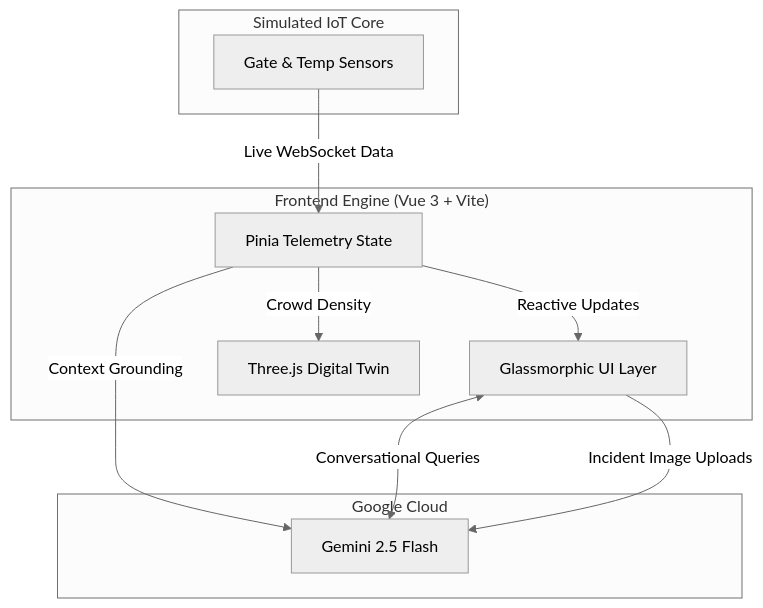
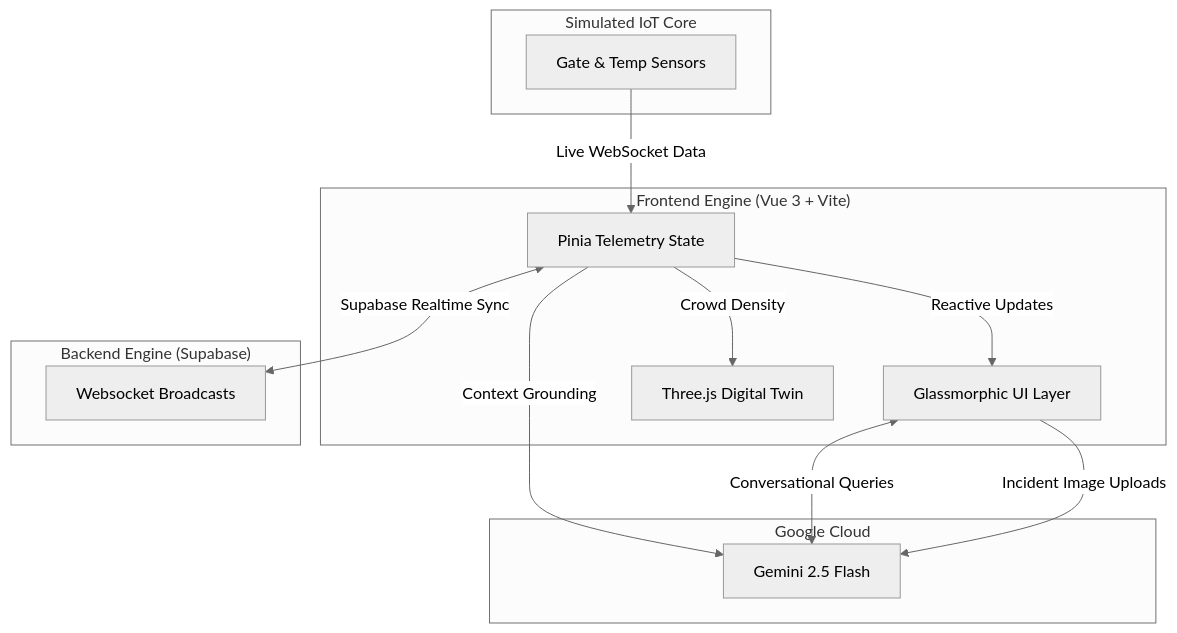
One commit to shashankh3/omnipitch-2026 changed the diagram in README.md. Above: the diagram before and after it, drawn with Mermaid (neutral theme). The commit also changed other lines of this file, not shown here.

````diff
--- a/README.md
+++ b/README.md
@@ -36,23 +37,28 @@
 ```mermaid
 graph TD
     subgraph "Frontend Engine (Vue 3 + Vite)"
         UI[Glassmorphic UI Layer]
         State[Pinia Telemetry State]
         WebGL[Three.js Digital Twin]
+    end
+
+    subgraph "Backend Engine (Supabase)"
+        Realtime[Websocket Broadcasts]
     end
 
     subgraph "Google Cloud"
         AI[Gemini 2.5 Flash]
     end
 
     subgraph "Simulated IoT Core"
         Sensors[Gate & Temp Sensors]
     end
 
     Sensors -->|Live WebSocket Data| State
+    State <-->|Supabase Realtime Sync| Realtime
     State -->|Reactive Updates| UI
     State -->|Crowd Density| WebGL
     State -->|Context Grounding| AI
     UI <-->|Conversational Queries| AI
     UI -->|Incident Image Uploads| AI
 ```
````
